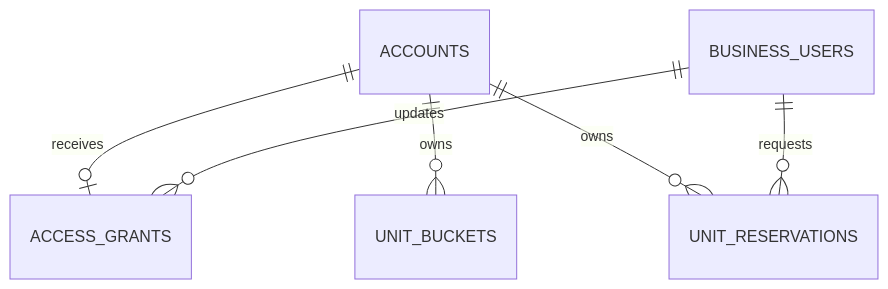
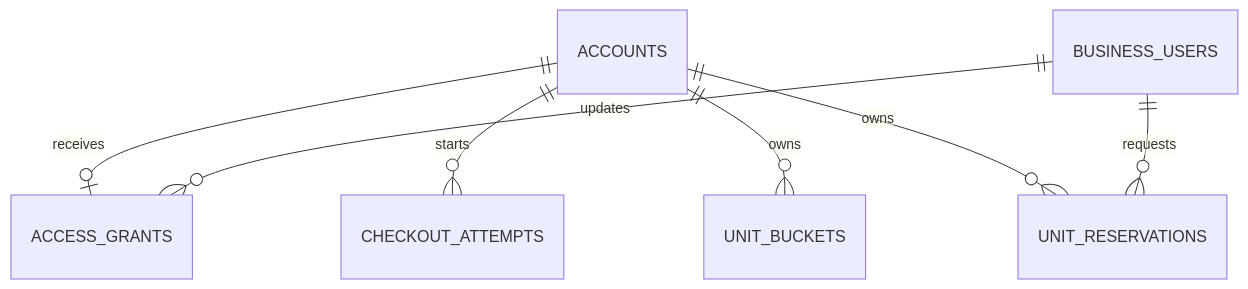
The third of 4 diagrams in docs/architecture/shared-bff-data-model.md (kabytaa/bff), drawn with Mermaid before and after one commit. The commit also changed other lines of this file and 39 other files, not shown here.

````diff
--- a/docs/architecture/shared-bff-data-model.md
+++ b/docs/architecture/shared-bff-data-model.md
@@ -139,8 +139,9 @@
 ```mermaid
 erDiagram
     ACCOUNTS ||--o| ACCESS_GRANTS : receives
+    ACCOUNTS ||--o{ CHECKOUT_ATTEMPTS : starts
     BUSINESS_USERS ||--o{ ACCESS_GRANTS : updates
     ACCOUNTS ||--o{ UNIT_BUCKETS : owns
     ACCOUNTS ||--o{ UNIT_RESERVATIONS : owns
     BUSINESS_USERS ||--o{ UNIT_RESERVATIONS : requests
 ```
````
